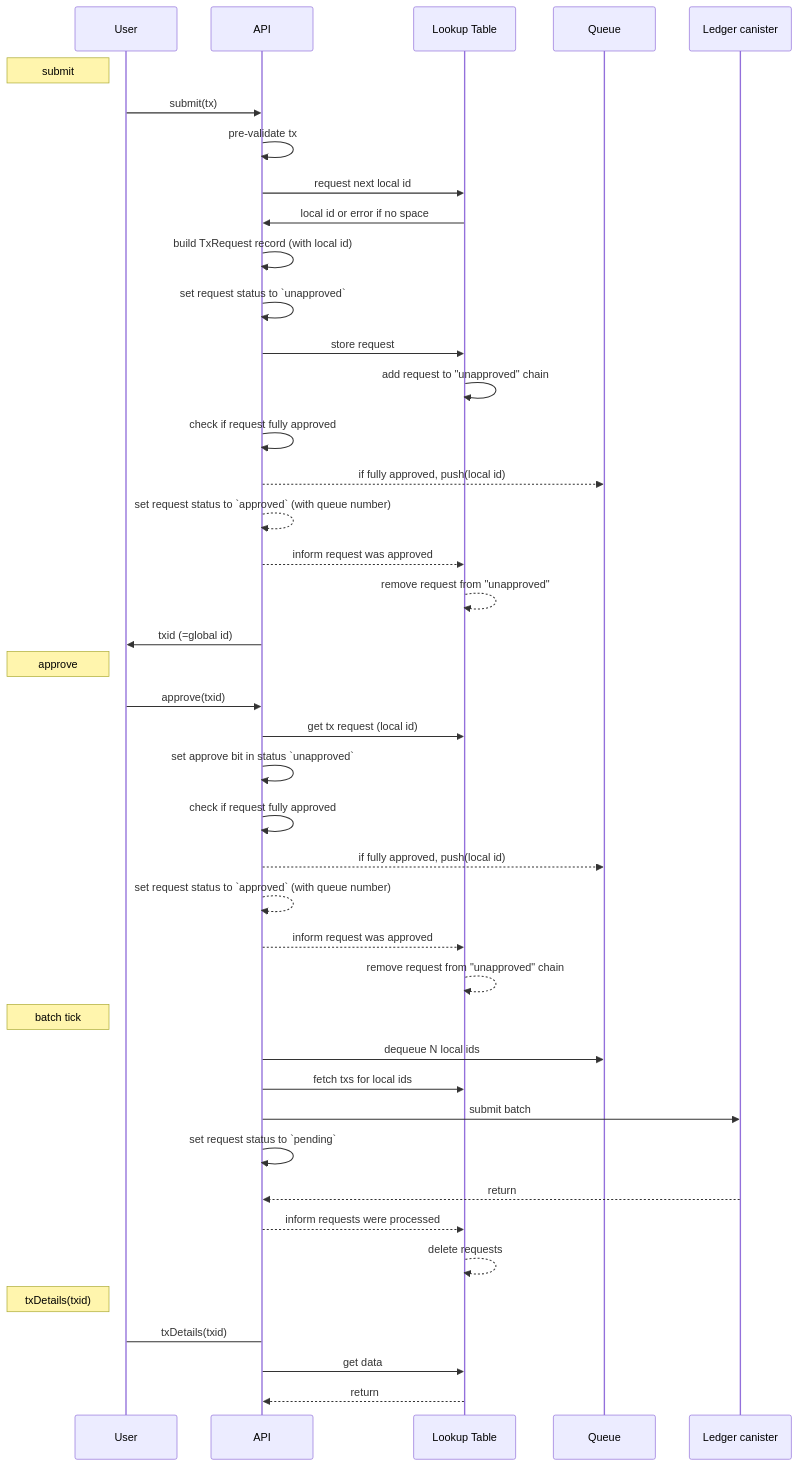
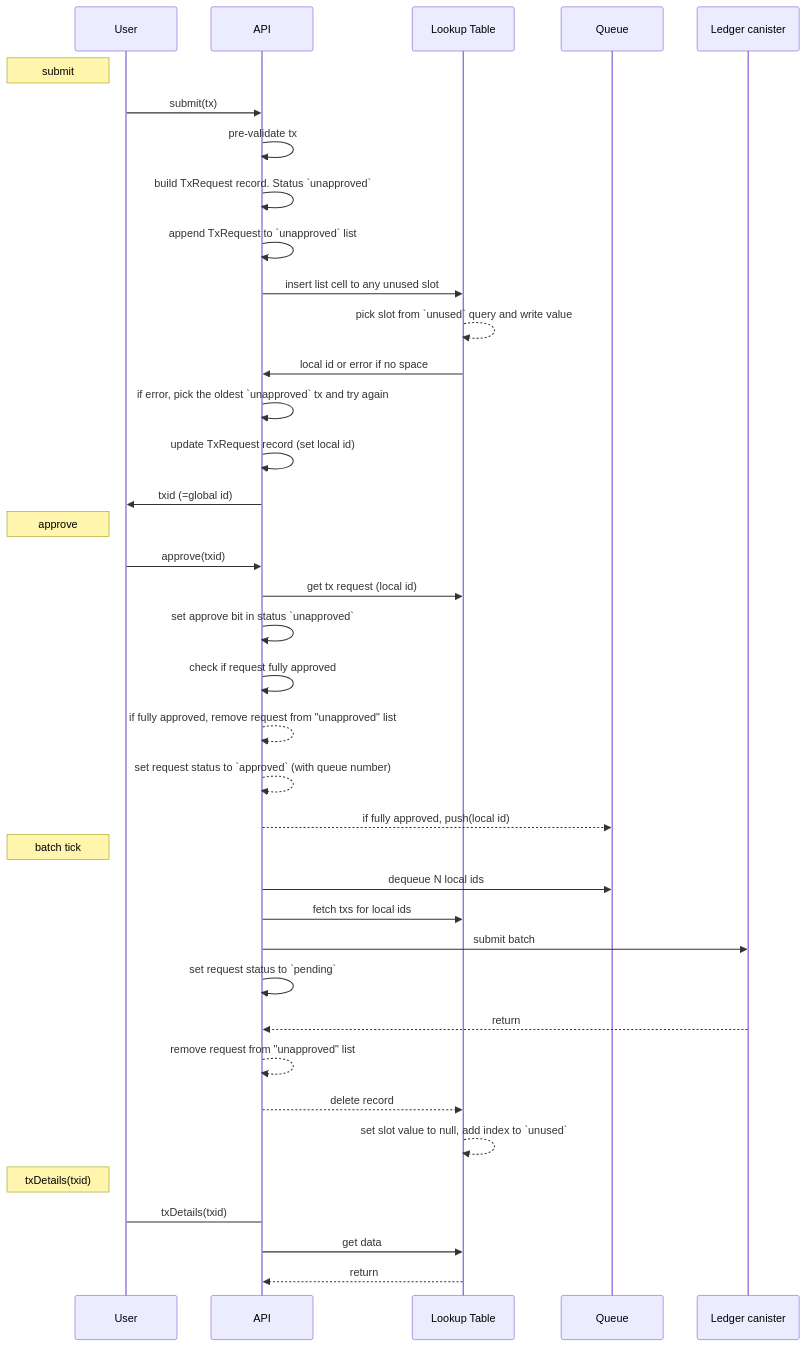
Before and after one commit to research-ag/hpl: the diagram in README.md, drawn with Mermaid. The commit also changed other lines of this file and 6 other files, not shown here.

````diff
--- a/README.md
+++ b/README.md
@@ -157,39 +157,38 @@
 ```mermaid
 sequenceDiagram
     Note left of User: submit
     User->>API: submit(tx)
     API->>API: pre-validate tx 
-    API->>Lookup Table: request next local id
+    API->>API: build TxRequest record. Status `unapproved`
+    API->>API: append TxRequest to `unapproved` list
+    API->>Lookup Table: insert list cell to any unused slot
+    Lookup Table-->>Lookup Table: pick slot from `unused` query and write value
     Lookup Table->>API: local id or error if no space
-    API->>API: build TxRequest record (with local id)
-    API->>API: set request status to `unapproved`
-    API->>Lookup Table: store request
-    Lookup Table->>Lookup Table: add request to "unapproved" chain
-    API->>API: check if request fully approved
-    API-->>Queue: if fully approved, push(local id)
-    API-->>API: set request status to `approved` (with queue number)
-    API-->>Lookup Table: inform request was approved
-    Lookup Table-->>Lookup Table: remove request from "unapproved"
+    API->>API: if error, pick the oldest `unapproved` tx and try again
+    API->>API: update TxRequest record (set local id)
     API->>User: txid (=global id) 
+    
     Note left of User: approve
     User->>API: approve(txid)
     API->>Lookup Table: get tx request (local id) 
     API->>API: set approve bit in status `unapproved`
     API->>API: check if request fully approved
+    API-->>API: if fully approved, remove request from "unapproved" list
+    API-->>API: set request status to `approved` (with queue number)
     API-->>Queue: if fully approved, push(local id)
-    API-->>API: set request status to `approved` (with queue number)
-    API-->>Lookup Table: inform request was approved
-    Lookup Table-->>Lookup Table: remove request from "unapproved" chain
+    
     Note left of User: batch tick
     API->>Queue: dequeue N local ids
     API->>Lookup Table: fetch txs for local ids
     API->>Ledger canister: submit batch
     API->>API: set request status to `pending`
     Ledger canister-->>API: return
-    API-->>Lookup Table: inform requests were processed
-    Lookup Table-->>Lookup Table: delete requests
+    API-->>API: remove request from "unapproved" list
+    API-->>Lookup Table: delete record
+    Lookup Table-->>Lookup Table: set slot value to null, add index to `unused`
+    
     Note left of User: txDetails(txid)
     User->API: txDetails(txid)
     API->>Lookup Table: get data
     Lookup Table-->>API: return
 ```
````
